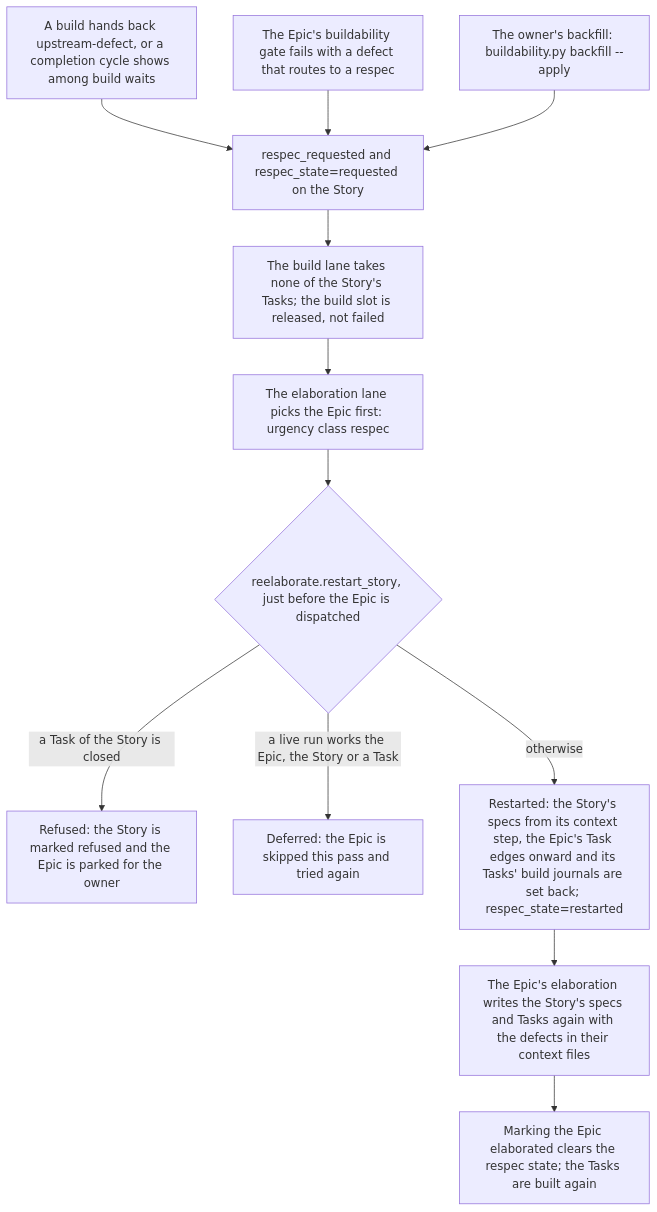
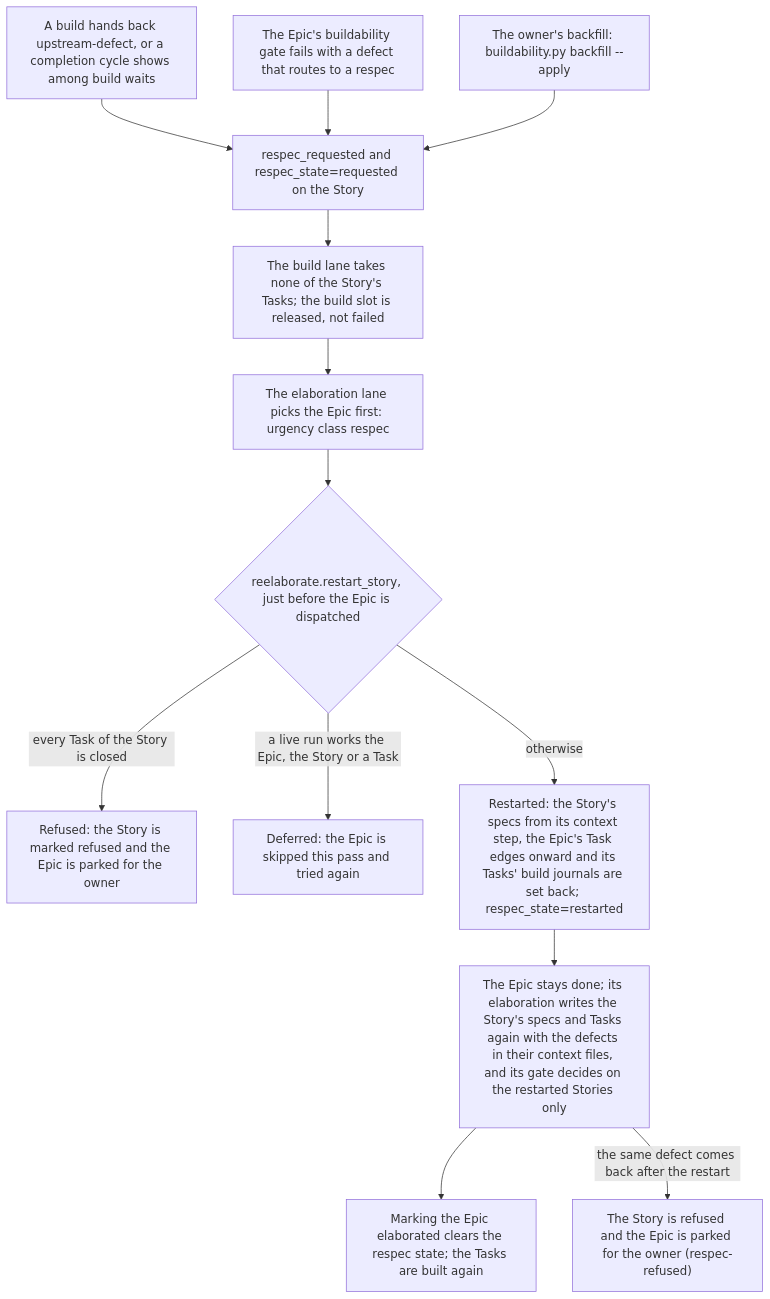
The eighth of 10 diagrams in plugins/agent-teams-workforce/blueprint/design/pipelines-driver.md (mark-satterfield/toolset), drawn with Mermaid before and after one commit. The commit also changed other lines of this file and 9 other files, not shown here.

First line of the commit message:
fix(pipeline): release review: respec keeps the Epic done, gate scoped to restarted Stories, fewer false producer-absent; release 7.71.113

````diff
--- a/plugins/agent-teams-workforce/blueprint/design/pipelines-driver.md
+++ b/plugins/agent-teams-workforce/blueprint/design/pipelines-driver.md
@@ -444,14 +444,15 @@
 ```mermaid
 flowchart TD
     b["A build hands back upstream-defect, or a completion cycle shows among build waits"] --> r["respec_requested and respec_state=requested on the Story"]
     g["The Epic's buildability gate fails with a defect that routes to a respec"] --> r
     o["The owner's backfill: buildability.py backfill --apply"] --> r
     r --> h["The build lane takes none of the Story's Tasks; the build slot is released, not failed"]
     h --> pick["The elaboration lane picks the Epic first: urgency class respec"]
     pick --> rs{"reelaborate.restart_story, just before the Epic is dispatched"}
-    rs -->|"a Task of the Story is closed"| park["Refused: the Story is marked refused and the Epic is parked for the owner"]
+    rs -->|"every Task of the Story is closed"| park["Refused: the Story is marked refused and the Epic is parked for the owner"]
     rs -->|"a live run works the Epic, the Story or a Task"| defer["Deferred: the Epic is skipped this pass and tried again"]
     rs -->|"otherwise"| run["Restarted: the Story's specs from its context step, the Epic's Task edges onward and its Tasks' build journals are set back; respec_state=restarted"]
-    run --> elab["The Epic's elaboration writes the Story's specs and Tasks again with the defects in their context files"]
+    run --> elab["The Epic stays done; its elaboration writes the Story's specs and Tasks again with the defects in their context files, and its gate decides on the restarted Stories only"]
     elab --> done["Marking the Epic elaborated clears the respec state; the Tasks are built again"]
+    elab -->|"the same defect comes back after the restart"| rep["The Story is refused and the Epic is parked for the owner (respec-refused)"]
 ```
````
